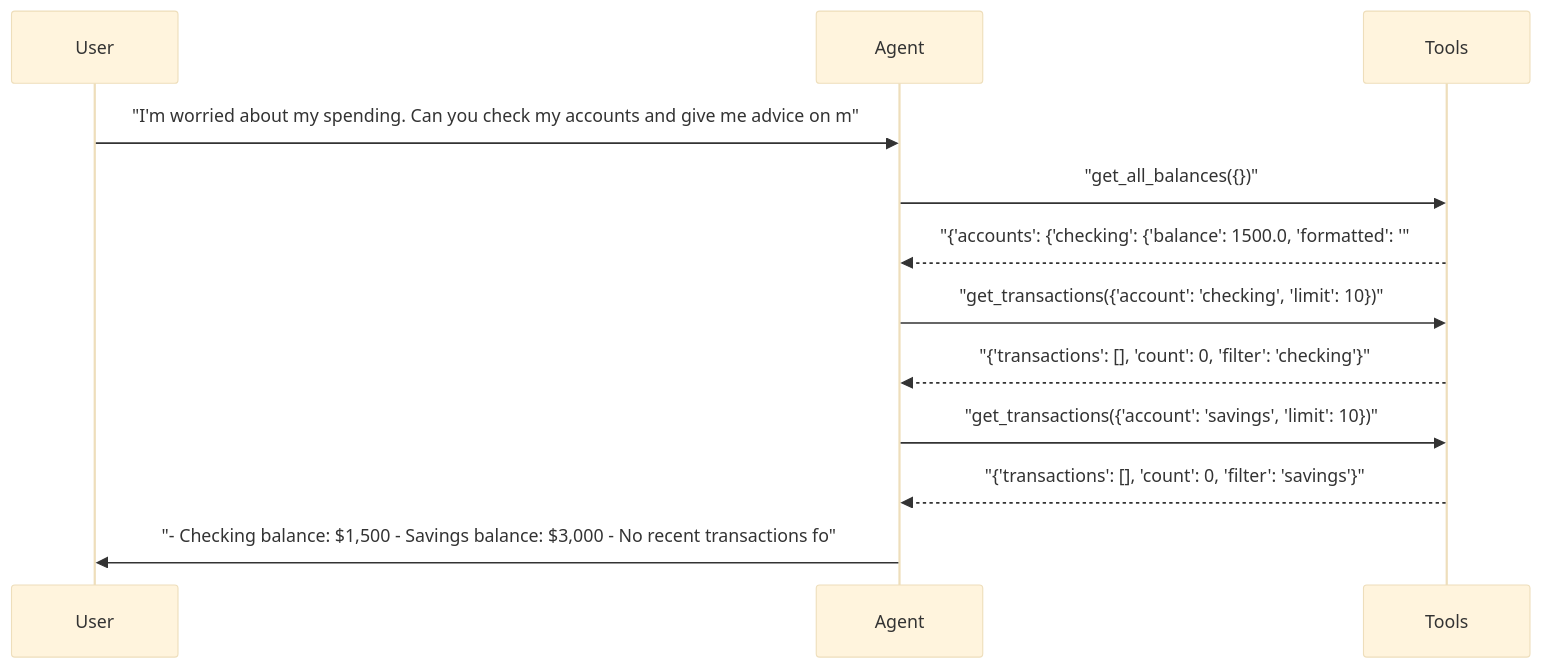
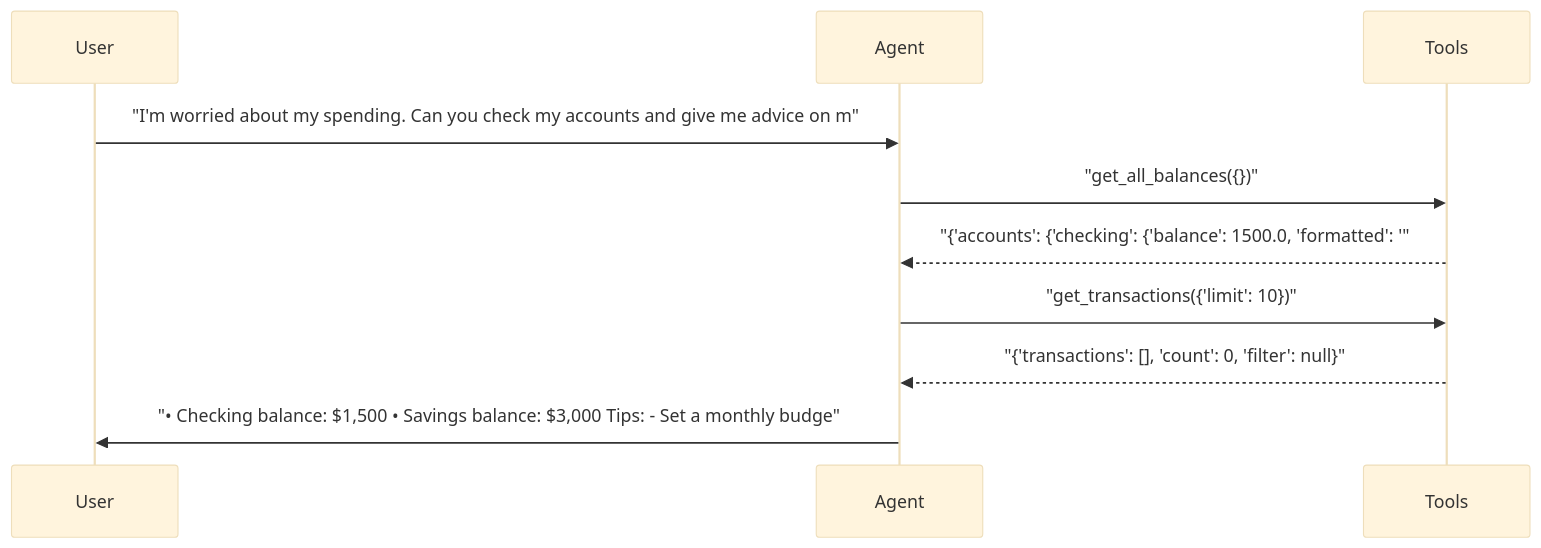
One commit to sbroenne/pytest-aitest changed diagram 20 of 24 in docs/demo/hero-report.md. Above: the diagram before and after it, drawn with Mermaid (base theme). The commit also changed other lines of this file and 34 other files, not shown here.

````diff
--- a/docs/demo/hero-report.md
+++ b/docs/demo/hero-report.md
@@ -1007,15 +1000,13 @@
 ```mermaid
 sequenceDiagram
     participant User
     participant Agent
     participant Tools
 
     User->>Agent: "I'm worried about my spending. Can you check my accounts and give me advice on m"
     Agent->>Tools: "get_all_balances({})"
     Tools-->>Agent: "{'accounts': {'checking': {'balance': 1500.0, 'formatted': '"
-    Agent->>Tools: "get_transactions({'account': 'checking', 'limit': 10})"
-    Tools-->>Agent: "{'transactions': [], 'count': 0, 'filter': 'checking'}"
-    Agent->>Tools: "get_transactions({'account': 'savings', 'limit': 10})"
-    Tools-->>Agent: "{'transactions': [], 'count': 0, 'filter': 'savings'}"
-    Agent->>User: "- Checking balance: $1,500 - Savings balance: $3,000 - No recent transactions fo"
+    Agent->>Tools: "get_transactions({'limit': 10})"
+    Tools-->>Agent: "{'transactions': [], 'count': 0, 'filter': null}"
+    Agent->>User: "• Checking balance: $1,500 • Savings balance: $3,000 Tips: - Set a monthly budge"
 ```
````
